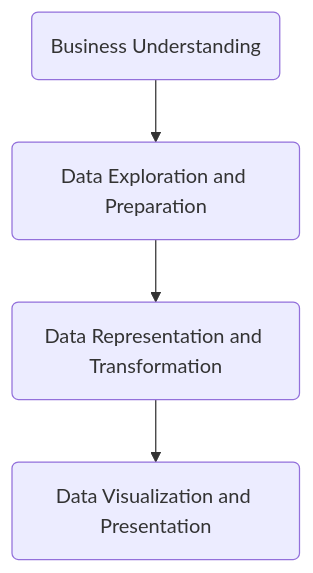
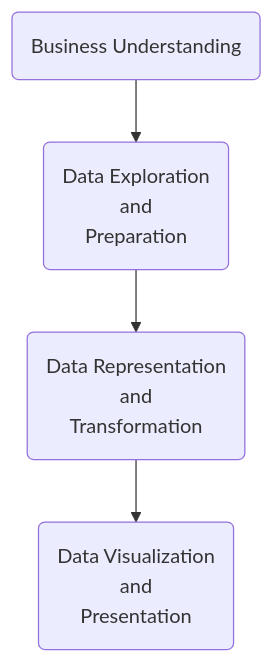
The diagram in README.md (masumesani/From-Data-to-Action-Leveraging-SQL-and-Tableau-for-Marketing-and-Analytics), drawn with Mermaid before and after one commit.

````diff
--- a/README.md
+++ b/README.md
@@ -74,6 +74,6 @@
 ```mermaid
 graph TB;
-    id1(Business Understanding)-->id2(Data Exploration and Preparation);
-    id2-->id3(Data Representation and Transformation);
-    id3-->id4(Data Visualization and Presentation);
+    id1(Business Understanding)-->id2(Data Exploration <br/> and<br/> Preparation);
+    id2-->id3(Data Representation<br/> and<br/>Transformation);
+    id3-->id4(Data Visualization <br/>and<br/> Presentation);
 ```
````
